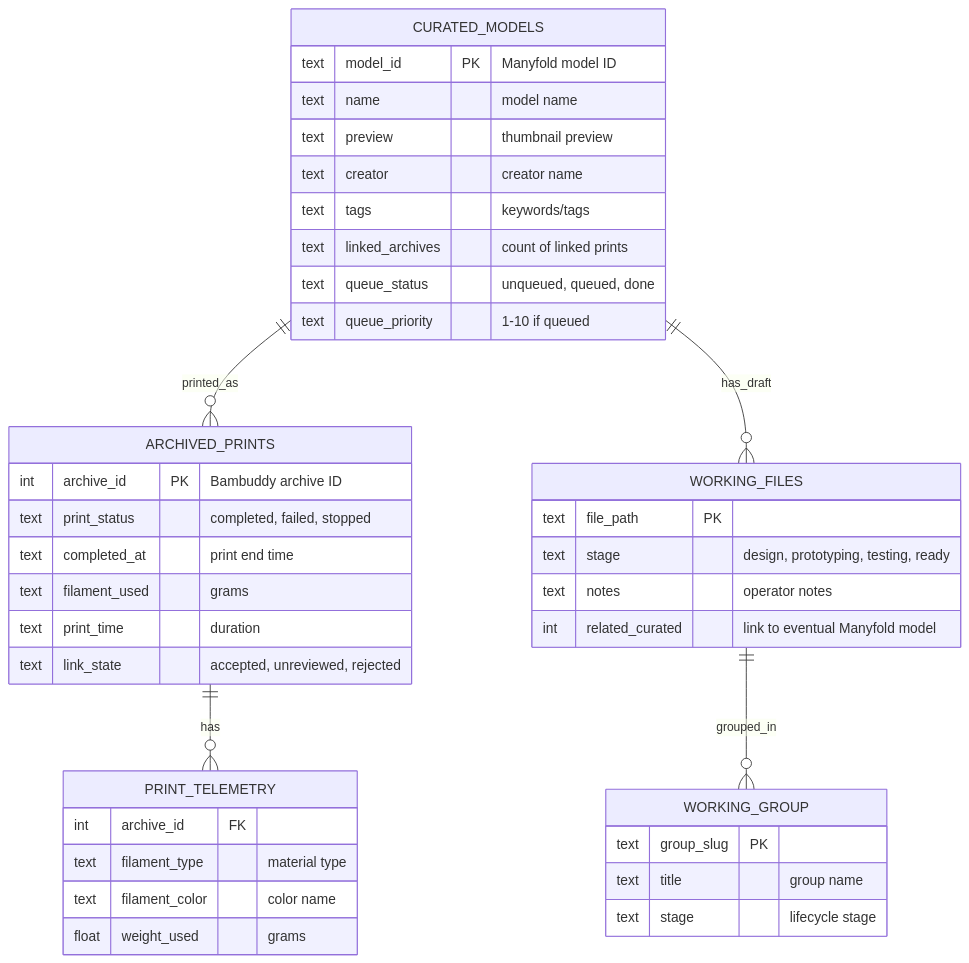
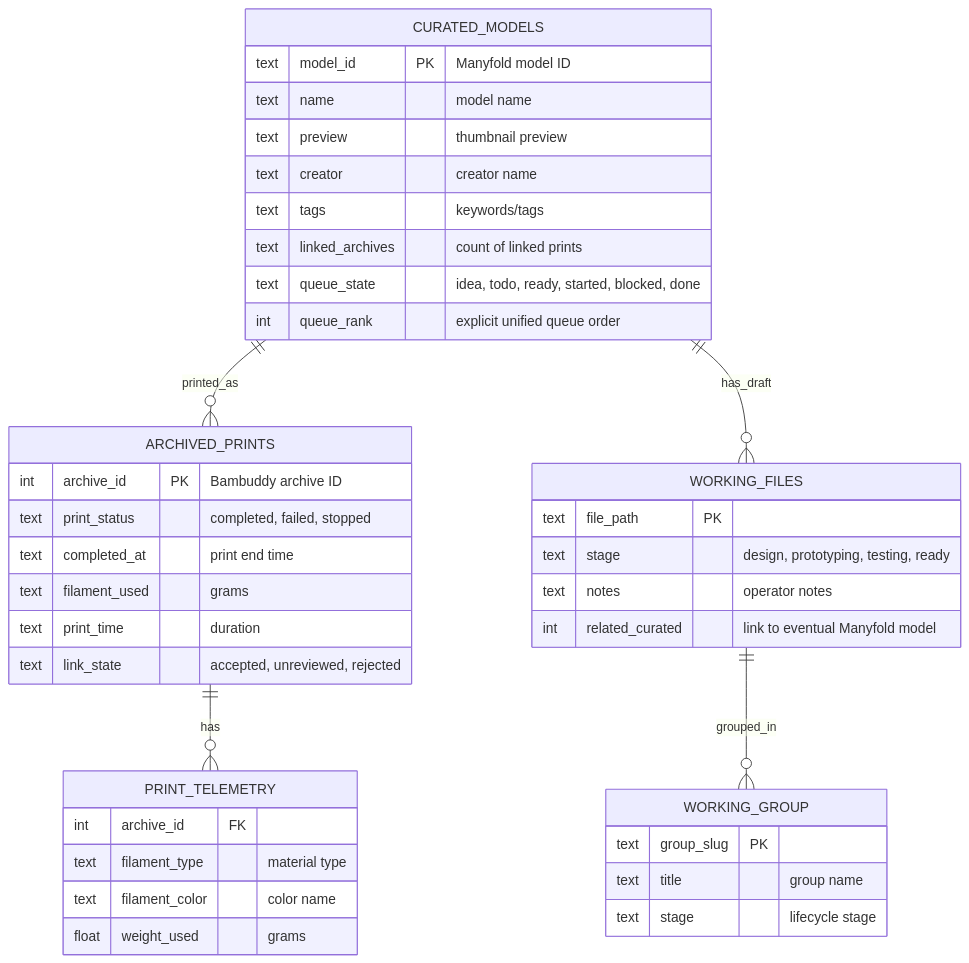
Before and after one commit to rsocko/hass-bambulab-config: the third of 4 diagrams in docs/features/model_catalog/planning/model-catalog-er-diagrams.md, drawn with Mermaid. The commit also changed other lines of this file and 15 other files, not shown here.

First line of the commit message:
feat(unified-queue): retire legacy queue fields and update documentation for unified queue integration

````diff
--- a/docs/features/model_catalog/planning/model-catalog-er-diagrams.md
+++ b/docs/features/model_catalog/planning/model-catalog-er-diagrams.md
@@ -236,47 +236,47 @@
 ```mermaid
 erDiagram
     CURATED_MODELS ||--o{ ARCHIVED_PRINTS : printed_as
     CURATED_MODELS ||--o{ WORKING_FILES : has_draft
     WORKING_FILES ||--o{ WORKING_GROUP : grouped_in
     ARCHIVED_PRINTS ||--o{ PRINT_TELEMETRY : has
 
     CURATED_MODELS {
         text model_id PK "Manyfold model ID"
         text name "model name"
         text preview "thumbnail preview"
         text creator "creator name"
         text tags "keywords/tags"
         text linked_archives "count of linked prints"
-        text queue_status "unqueued, queued, done"
-        text queue_priority "1-10 if queued"
+        text queue_state "idea, todo, ready, started, blocked, done"
+        int queue_rank "explicit unified queue order"
     }
 
     ARCHIVED_PRINTS {
         int archive_id PK "Bambuddy archive ID"
         text print_status "completed, failed, stopped"
         text completed_at "print end time"
         text filament_used "grams"
         text print_time "duration"
         text link_state "accepted, unreviewed, rejected"
     }
 
     WORKING_FILES {
         text file_path PK
         text stage "design, prototyping, testing, ready"
         text notes "operator notes"
         int related_curated "link to eventual Manyfold model"
     }
 
     WORKING_GROUP {
         text group_slug PK
         text title "group name"
         text stage "lifecycle stage"
     }
 
     PRINT_TELEMETRY {
         int archive_id FK
         text filament_type "material type"
         text filament_color "color name"
         float weight_used "grams"
     }
 ```
````
